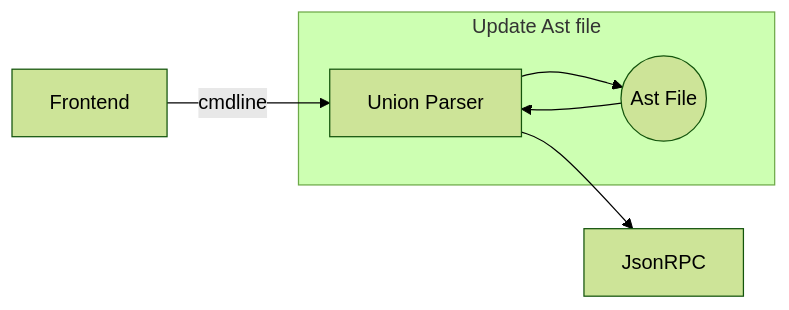
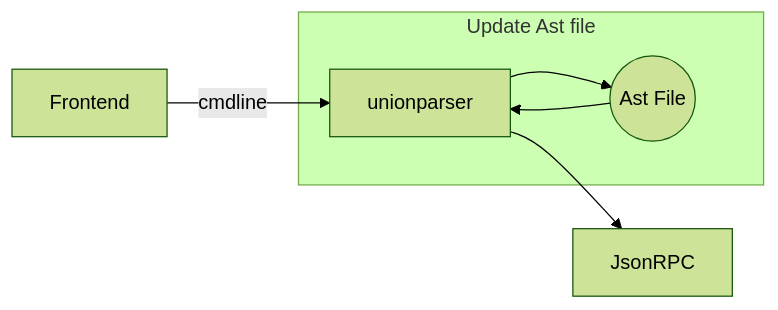
The second of 5 diagrams in README.md (FunningC0217/UnionParser), drawn with Mermaid (forest theme) before and after one commit. The commit also changed other lines of this file, not shown here.

````diff
--- a/README.md
+++ b/README.md
@@ -22,7 +22,7 @@
 ```mermaid
 graph LR;
-A[Frontend]--cmdline-->UP[Union Parser]-->J[JsonRPC]
+A[Frontend]--cmdline-->UP[unionparser]-->J[JsonRPC]
 subgraph Update Ast file
 UP-->AST((Ast File))-->UP
 end
 ```
````
